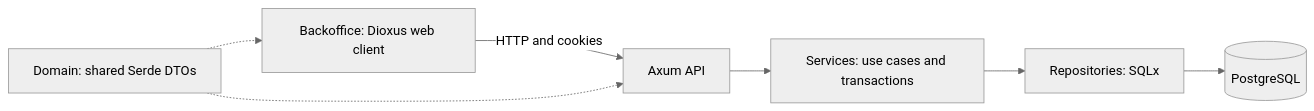
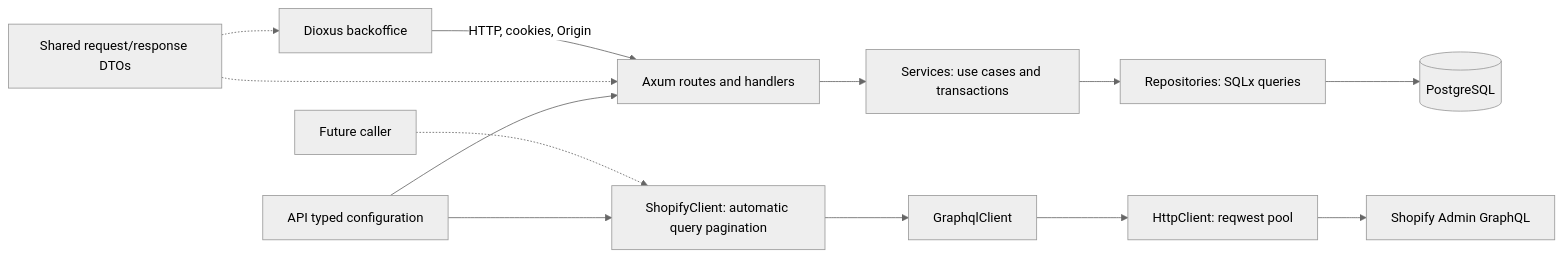
One commit to enzumeii/monolith changed the first of 3 diagrams in docs/architecture.md. Above: the diagram before and after it, drawn with Mermaid (neutral theme). The commit also changed other lines of this file and 55 other files, not shown here.

First line of the commit message:
feat(api): add typed Shopify GraphQL client (#6)

````diff
--- a/docs/architecture.md
+++ b/docs/architecture.md
@@ -11,9 +7,15 @@
 ```mermaid
 flowchart LR
-    UI["Backoffice: Dioxus web client"] -->|"HTTP and cookies"| API["Axum API"]
+    UI["Dioxus backoffice"] -->|"HTTP, cookies, Origin"| API["Axum routes and handlers"]
     API --> SERVICES["Services: use cases and transactions"]
-    SERVICES --> REPO["Repositories: SQLx"]
+    SERVICES --> REPO["Repositories: SQLx queries"]
     REPO --> DB[("PostgreSQL")]
-    DOMAIN["Domain: shared Serde DTOs"] -.-> UI
+    DOMAIN["Shared request/response DTOs"] -.-> UI
     DOMAIN -.-> API
+    CALLER["Future caller"] -.-> SHOPIFY["ShopifyClient: automatic query pagination"]
+    SHOPIFY --> GQL["GraphqlClient"]
+    GQL --> HTTP["HttpClient: reqwest pool"]
+    HTTP --> REMOTE["Shopify Admin GraphQL"]
+    CONFIG["API typed configuration"] --> API
+    CONFIG --> SHOPIFY
 ```
````
